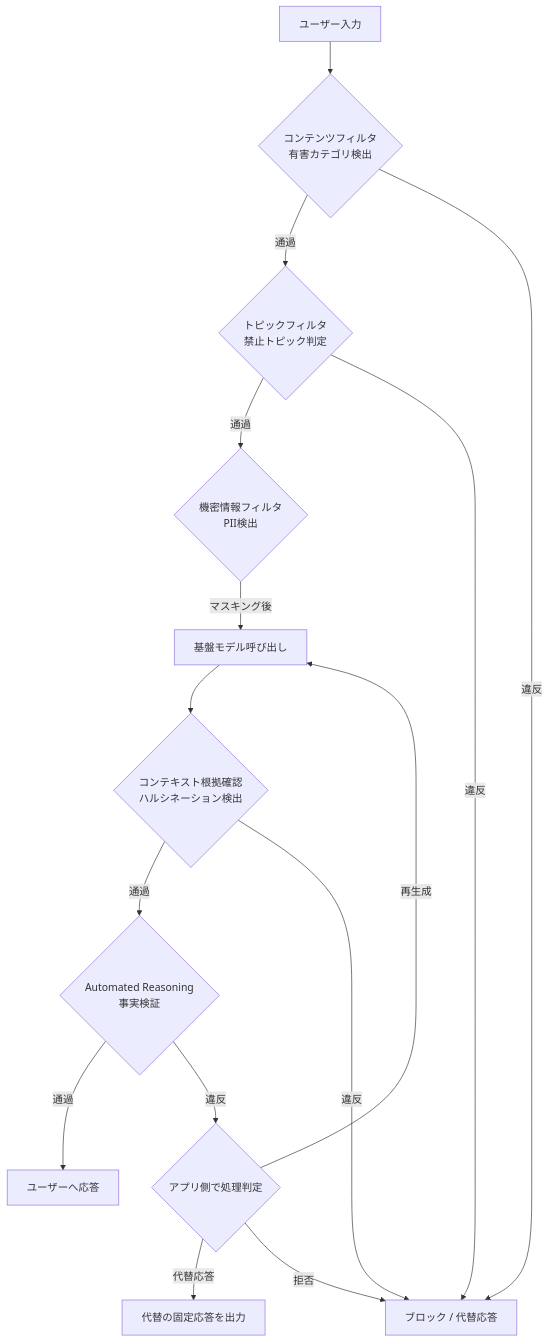
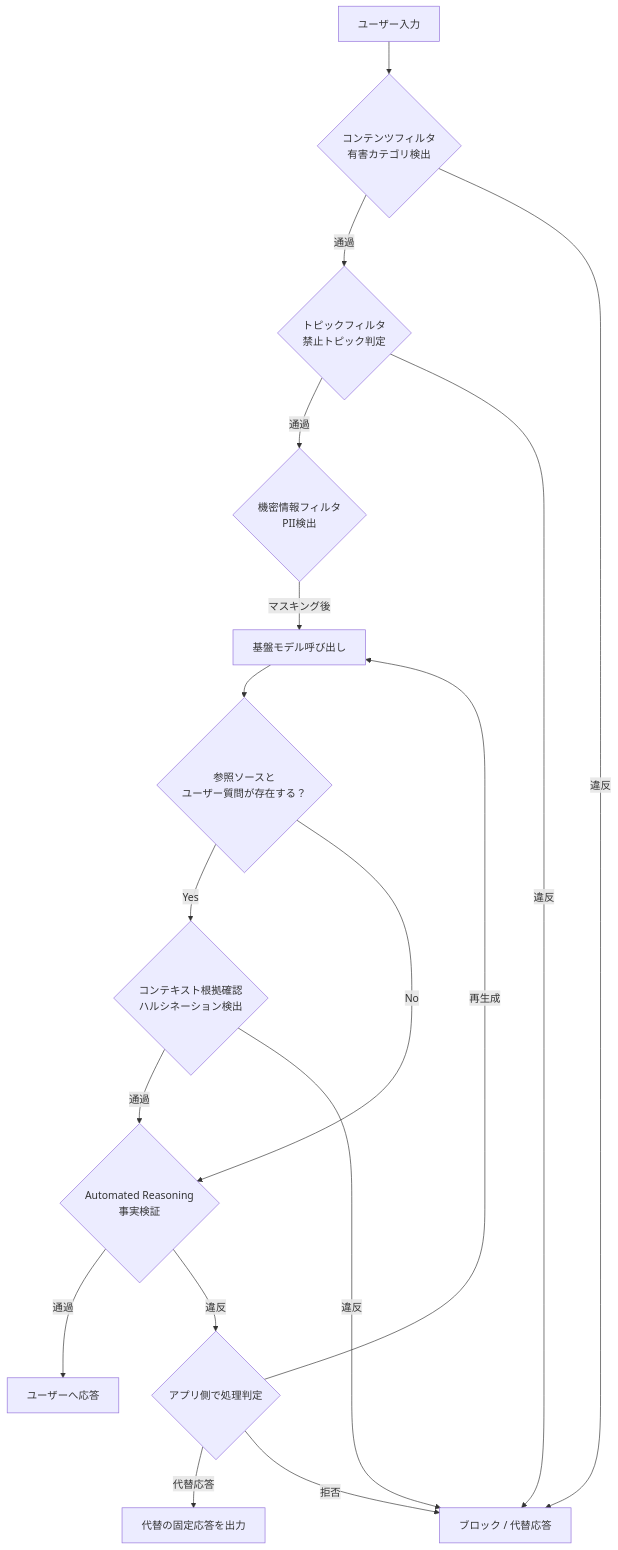
The third of 6 diagrams in Amazon-bedrock-best-practices-guide.md (myoshi2891/Comparison-of-LLMs), drawn with Mermaid before and after one commit. The commit also changed other lines of this file, not shown here.

Commit message:
docs(bedrock): clarify Guardrail evaluation flow and update Mermaid indentation

````diff
--- a/Amazon-bedrock-best-practices-guide.md
+++ b/Amazon-bedrock-best-practices-guide.md
@@ -243,17 +243,19 @@
 ```mermaid
 flowchart TD
-    In["ユーザー入力"] --> L1{"コンテンツフィルタ<br/>有害カテゴリ検出"}
-    L1 -->|"通過"| L2{"トピックフィルタ<br/>禁止トピック判定"}
-    L1 -->|"違反"| Blocked["ブロック / 代替応答"]
-    L2 -->|"通過"| L3{"機密情報フィルタ<br/>PII検出"}
-    L2 -->|"違反"| Blocked
-    L3 -->|"マスキング後"| L4["基盤モデル呼び出し"]
-    L4 --> L5{"コンテキスト根拠確認<br/>ハルシネーション検出"}
-    L5 -->|"通過"| L6{"Automated Reasoning<br/>事実検証"}
-    L5 -->|"違反"| Blocked
-    L6 -->|"通過"| Out["ユーザーへ応答"]
-    L6 -->|"違反"| AppDecision{"アプリ側で処理判定"}
-    AppDecision -->|"再生成"| L4
-    AppDecision -->|"代替応答"| AltOut["代替の固定応答を出力"]
-    AppDecision -->|"拒否"| Blocked
+In["ユーザー入力"] --> L1{"コンテンツフィルタ<br/>有害カテゴリ検出"}
+L1 -->|"通過"| L2{"トピックフィルタ<br/>禁止トピック判定"}
+L1 -->|"違反"| Blocked["ブロック / 代替応答"]
+L2 -->|"通過"| L3{"機密情報フィルタ<br/>PII検出"}
+L2 -->|"違反"| Blocked
+L3 -->|"マスキング後"| L4["基盤モデル呼び出し"]
+L4 --> HasContext{"参照ソースと<br/>ユーザー質問が存在する？"}
+HasContext -->|"Yes"| L5{"コンテキスト根拠確認<br/>ハルシネーション検出"}
+HasContext -->|"No"| L6{"Automated Reasoning<br/>事実検証"}
+L5 -->|"通過"| L6
+L5 -->|"違反"| Blocked
+L6 -->|"通過"| Out["ユーザーへ応答"]
+L6 -->|"違反"| AppDecision{"アプリ側で処理判定"}
+AppDecision -->|"再生成"| L4
+AppDecision -->|"代替応答"| AltOut["代替の固定応答を出力"]
+AppDecision -->|"拒否"| Blocked
 ```
````
